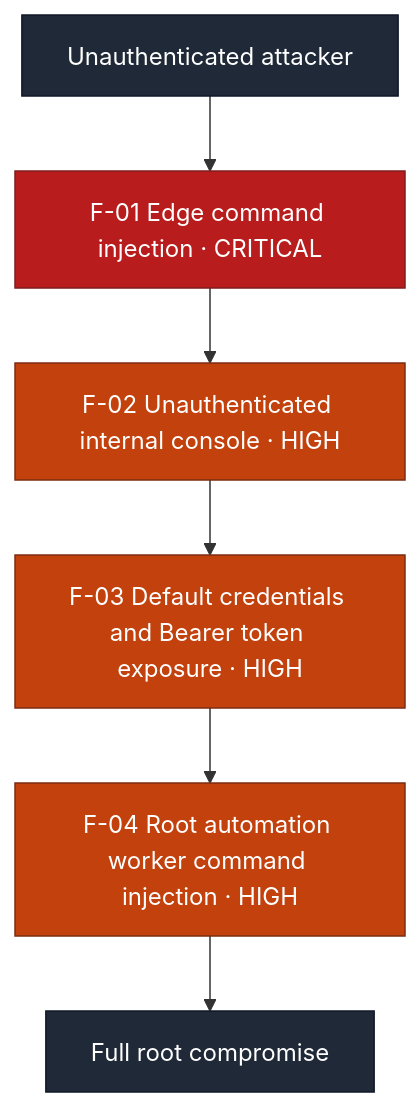
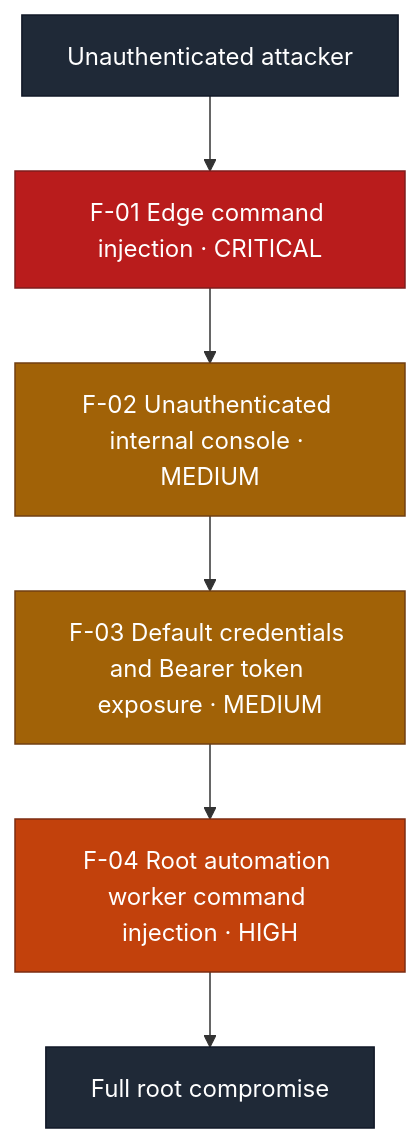
Before and after one commit to ouroboros-white/cybersecurity-portfolio: the first of 2 diagrams in reports/command-injection-chain-2026-08.md, drawn with Mermaid. The commit also changed other lines of this file and 1 other file, not shown here.

````diff
--- a/reports/command-injection-chain-2026-08.md
+++ b/reports/command-injection-chain-2026-08.md
@@ -58,14 +58,16 @@
 ```mermaid
 flowchart TD
     S["Unauthenticated attacker"] --> F1["F-01 Edge command injection · CRITICAL"]
-    F1 --> F2["F-02 Unauthenticated internal console · HIGH"]
-    F2 --> F3["F-03 Default credentials and Bearer token exposure · HIGH"]
+    F1 --> F2["F-02 Unauthenticated internal console · MEDIUM"]
+    F2 --> F3["F-03 Default credentials and Bearer token exposure · MEDIUM"]
     F3 --> F4["F-04 Root automation worker command injection · HIGH"]
     F4 --> R["Full root compromise"]
     classDef crit fill:#b91c1c,stroke:#7f1d1d,color:#ffffff;
     classDef high fill:#c2410c,stroke:#7c2d12,color:#ffffff;
+    classDef med fill:#a16207,stroke:#713f12,color:#ffffff;
     classDef term fill:#1f2937,stroke:#111827,color:#ffffff;
     class F1 crit;
-    class F2,F3,F4 high;
+    class F4 high;
+    class F2,F3 med;
     class S,R term;
 ```
````
